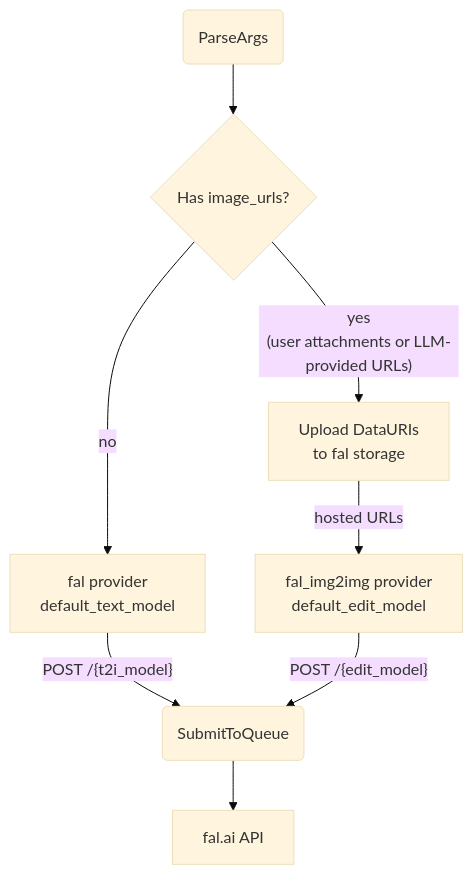
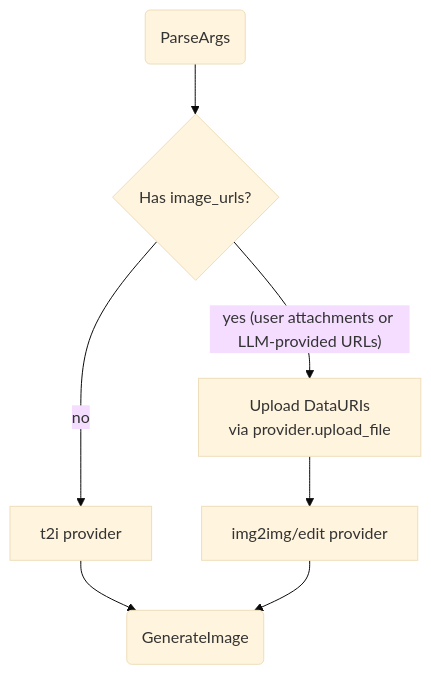
Before and after one commit to cosmoswafer/rockbot: the third of 4 diagrams in _dfds/tools/image-gen.md, drawn with Mermaid (base theme). The commit also changed other lines of this file and 7 other files, not shown here.

First line of the commit message:
fix: upload generated images as RocketChat attachments instead of embedding base64

````diff
--- a/_dfds/tools/image-gen.md
+++ b/_dfds/tools/image-gen.md
@@ -98,18 +74,16 @@
 ```mermaid
 flowchart TD
     PARSE(ParseArgs)
     CHECK{Has image_urls?}
-    T2I[fal provider<br/>default_text_model]
-    UPLOAD[Upload DataURIs<br/>to fal storage]
-    EDIT[fal_img2img provider<br/>default_edit_model]
-    SUBMIT(SubmitToQueue)
-    FAL_API[fal.ai API]
+    UPLOAD_URI[Upload DataURIs<br/>via provider.upload_file]
+    T2I[t2i provider]
+    IMG2IMG[img2img/edit provider]
+    GEN(GenerateImage)
 
     PARSE --> CHECK
-    CHECK -->|"yes<br/>(user attachments or LLM-provided URLs)"| UPLOAD
+    CHECK -->|"yes (user attachments or LLM-provided URLs)"| UPLOAD_URI
     CHECK -->|"no"| T2I
-    UPLOAD -->|"hosted URLs"| EDIT
-    T2I -->|"POST /{t2i_model}"| SUBMIT
-    EDIT -->|"POST /{edit_model}"| SUBMIT
-    SUBMIT --> FAL_API
+    UPLOAD_URI --> IMG2IMG
+    T2I --> GEN
+    IMG2IMG --> GEN
 ```
````
